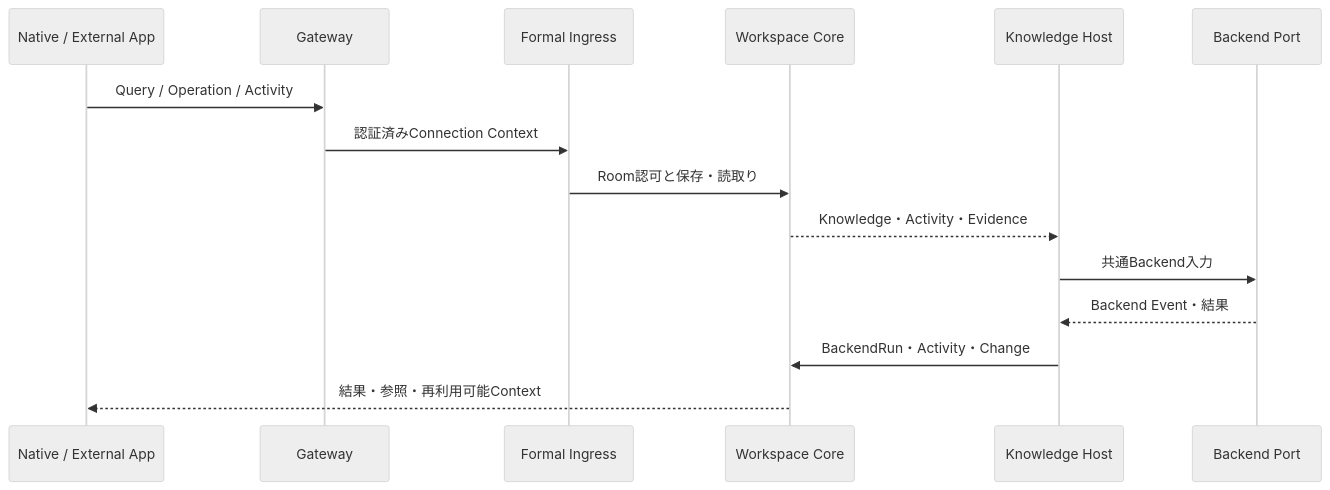
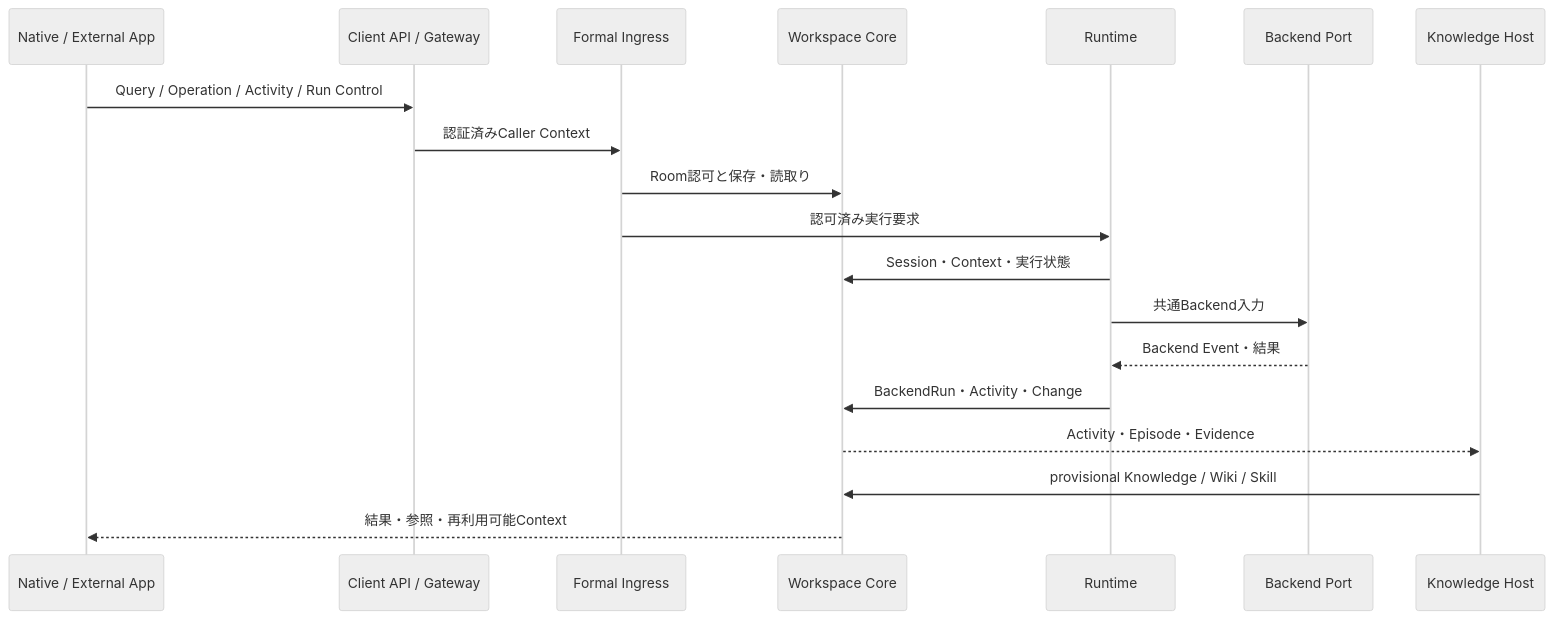
The second of 2 diagrams in ARCHITECTURE.md (Takuma-kaho/Samurai-Agent), drawn with Mermaid (neutral theme) before and after one commit. The commit also changed other lines of this file and 254 other files, not shown here.

```diff
--- a/ARCHITECTURE.md
+++ b/ARCHITECTURE.md
@@ -229,18 +277,22 @@
 ~~~mermaid
 sequenceDiagram
   participant App as Native / External App
-  participant G as Gateway
+  participant E as Client API / Gateway
   participant I as Formal Ingress
   participant W as Workspace Core
+  participant R as Runtime
+  participant B as Backend Port
   participant H as Knowledge Host
-  participant B as Backend Port
 
-  App->>G: Query / Operation / Activity
-  G->>I: 認証済みConnection Context
+  App->>E: Query / Operation / Activity / Run Control
+  E->>I: 認証済みCaller Context
   I->>W: Room認可と保存・読取り
-  W-->>H: Knowledge・Activity・Evidence
-  H->>B: 共通Backend入力
-  B-->>H: Backend Event・結果
-  H->>W: BackendRun・Activity・Change
+  I->>R: 認可済み実行要求
+  R->>W: Session・Context・実行状態
+  R->>B: 共通Backend入力
+  B-->>R: Backend Event・結果
+  R->>W: BackendRun・Activity・Change
+  W-->>H: Activity・Episode・Evidence
+  H->>W: provisional Knowledge / Wiki / Skill
   W-->>App: 結果・参照・再利用可能Context
 ~~~
```
